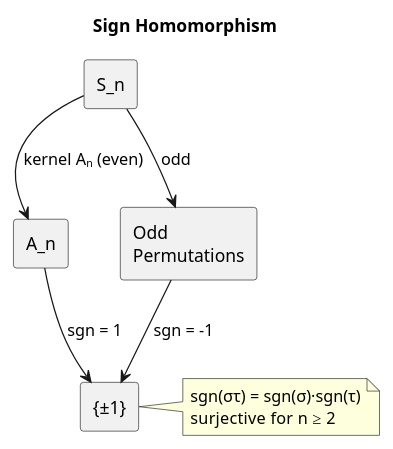
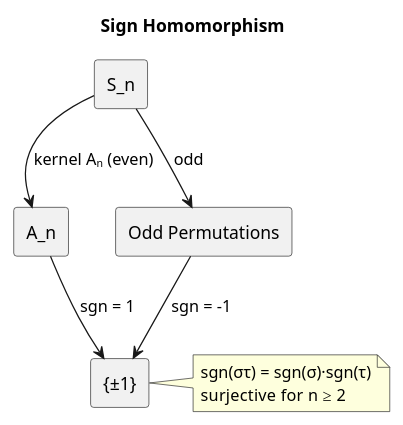
The third of 3 diagrams in src/content/lessons/math/permutations-symmetric.mdx (LibreUni/LibreUni), drawn with PlantUML before and after one commit. The commit also changed 5 other files, not shown here.

Commit message:
[Fix] Broken PUML diagrams

```diff
--- a/src/content/lessons/math/permutations-symmetric.mdx
+++ b/src/content/lessons/math/permutations-symmetric.mdx
@@ -234,21 +234,21 @@
 @startuml
 skinparam backgroundColor transparent
 
 title Sign Homomorphism
 
 rectangle "S_n" as Sn
 rectangle "A_n" as An
-rectangle "Odd\nPermutations" as odd
+rectangle "Odd Permutations" as odd
 rectangle "{±1}" as pm1
 
 Sn --> An : kernel Aₙ (even)
 Sn --> odd : odd
 An --> pm1 : sgn = 1
 odd --> pm1 : sgn = -1
 
 note right of pm1
   sgn(στ) = sgn(σ)·sgn(τ)
   surjective for n ≥ 2
 end note
 
 @enduml
```
